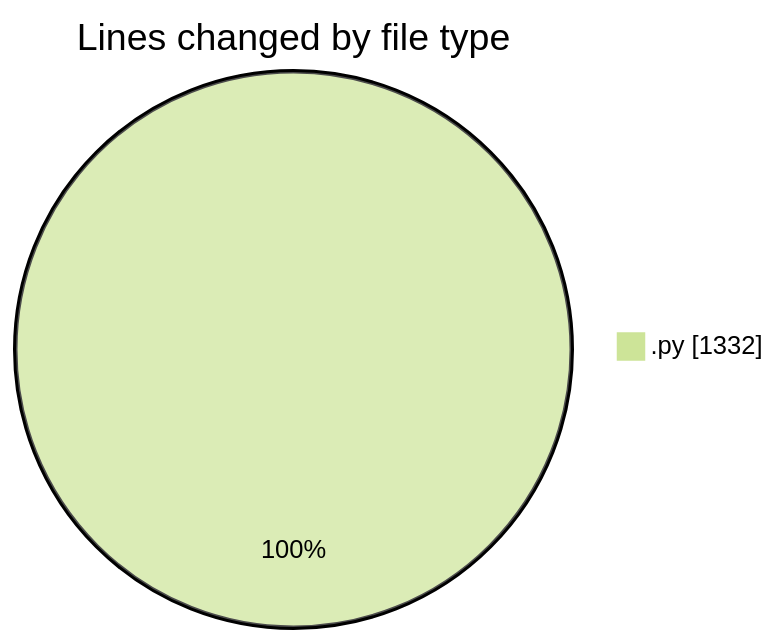
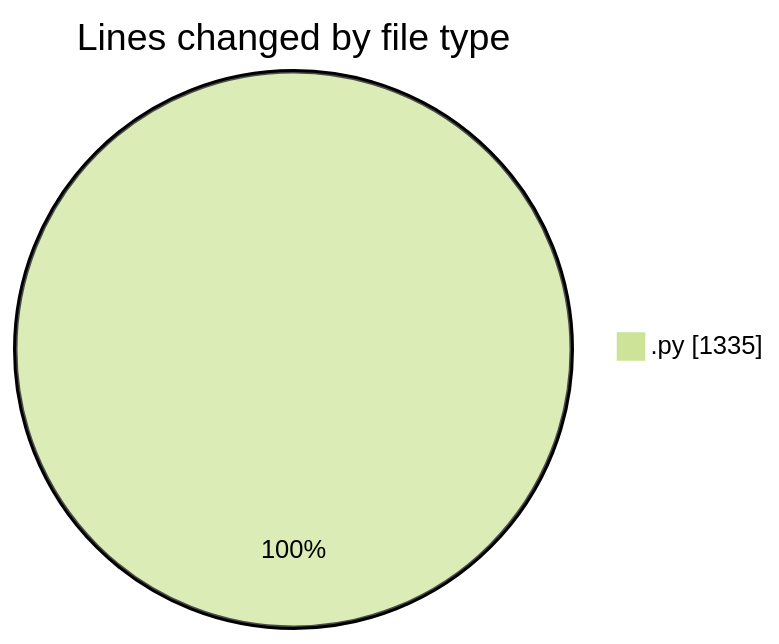
One commit to EIIisD/code-tracking changed the first of 2 diagrams in 2025-07-28/refunds/README.md. Above: the diagram before and after it, drawn with Mermaid (forest theme). The commit also changed other lines of this file and 1 other file, not shown here.

````diff
--- a/2025-07-28/refunds/README.md
+++ b/2025-07-28/refunds/README.md
@@ -21,5 +21,5 @@
 ```mermaid
 pie showData
 title Lines changed by file type
-".py" : 1332
+".py" : 1335
 ```
````
